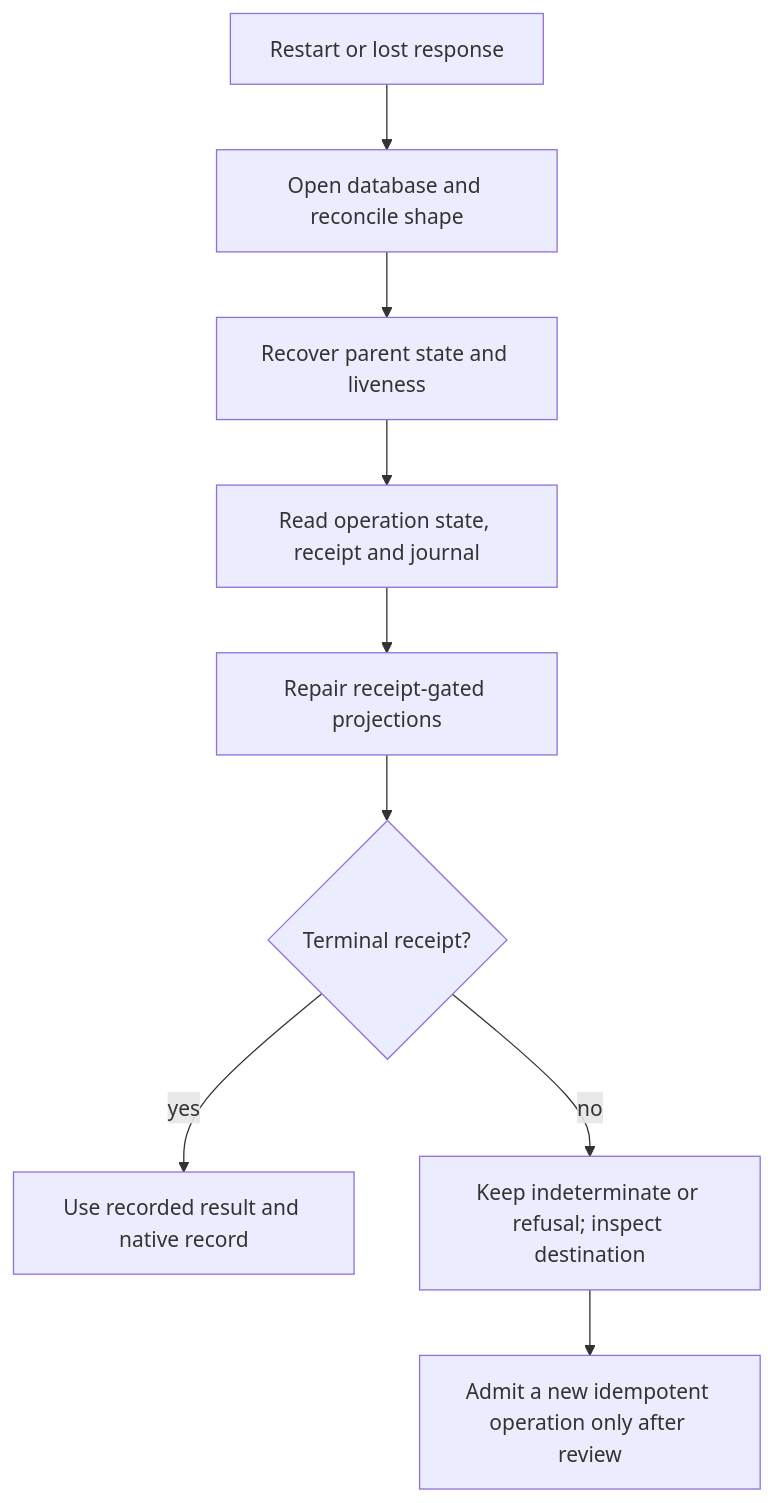
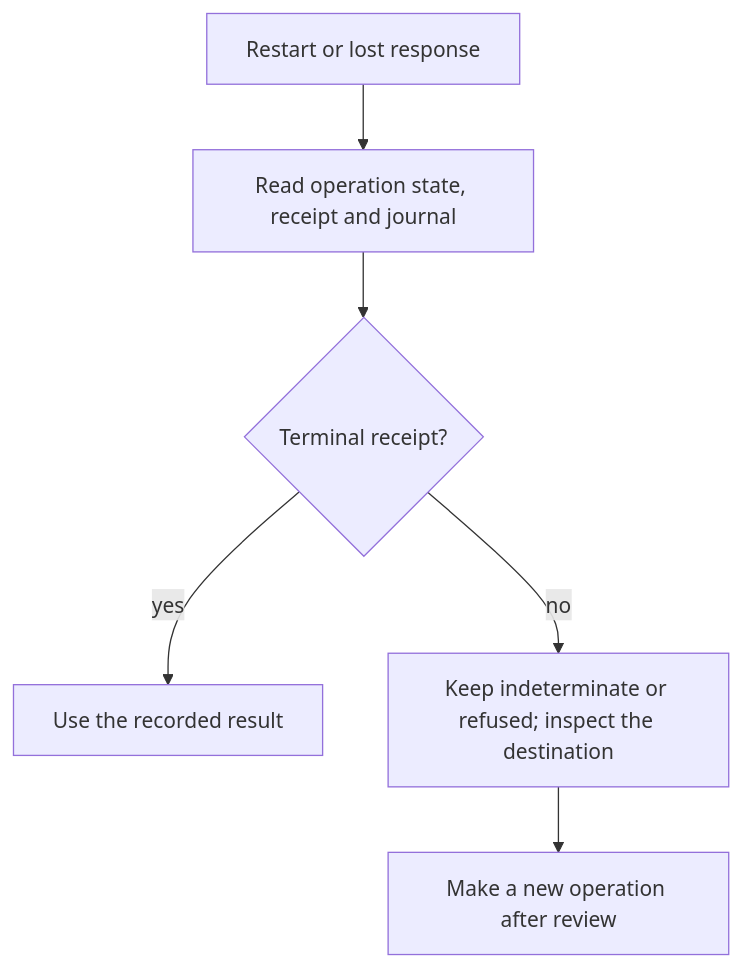
The diagram in docs/TROUBLESHOOTING.md (karolswdev/HoldSpeak), drawn with Mermaid before and after one commit. The commit also changed other lines of this file and 66 other files, not shown here.

````diff
--- a/docs/TROUBLESHOOTING.md
+++ b/docs/TROUBLESHOOTING.md
@@ -11,16 +13,13 @@
 ```mermaid
 flowchart TD
   START[Restart or lost response]
-  DB[Open database and reconcile shape]
-  PARENT[Recover parent state and liveness]
   READ[Read operation state, receipt and journal]
-  PUB[Repair receipt-gated projections]
   DECIDE{Terminal receipt?}
-  SUCCESS[Use recorded result and native record]
-  UNKNOWN[Keep indeterminate or refusal; inspect destination]
-  RETRY[Admit a new idempotent operation only after review]
+  SUCCESS[Use the recorded result]
+  UNKNOWN[Keep indeterminate or refused; inspect the destination]
+  RETRY[Make a new operation after review]
 
-  START --> DB --> PARENT --> READ --> PUB --> DECIDE
+  START --> READ --> DECIDE
   DECIDE -->|yes| SUCCESS
   DECIDE -->|no| UNKNOWN --> RETRY
 ```
````
